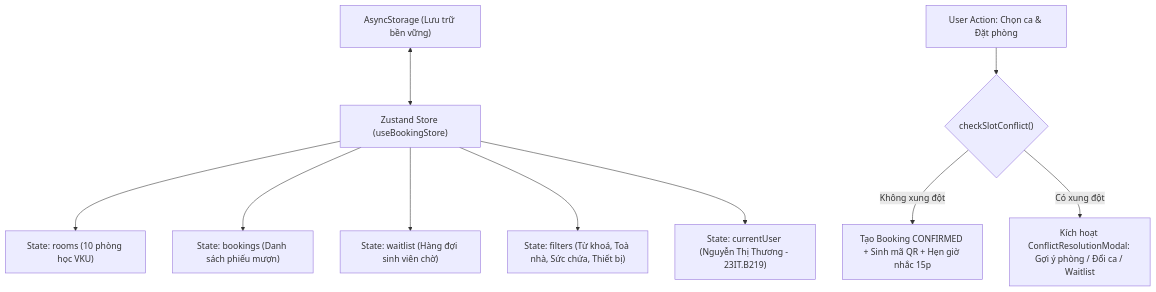
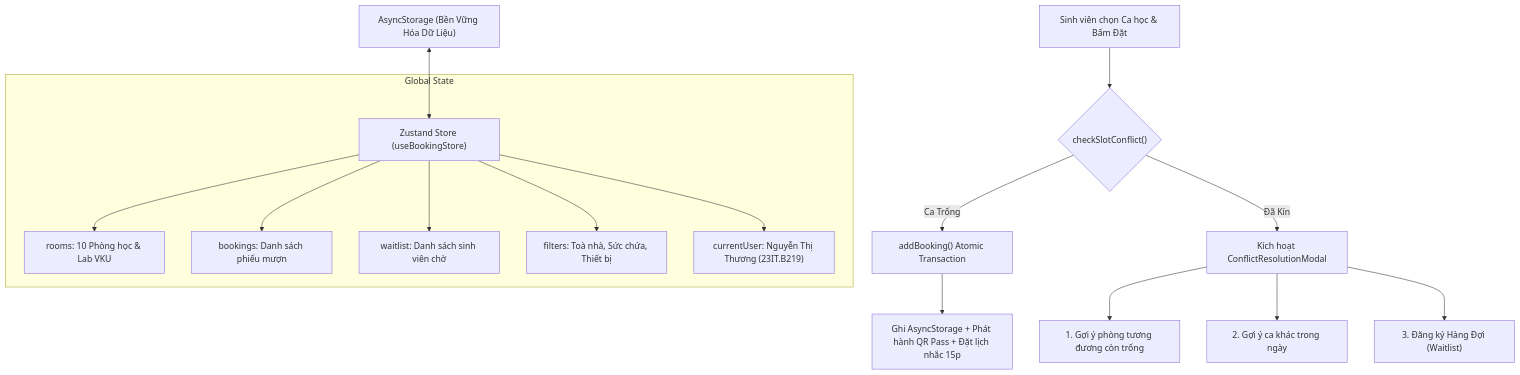
Before and after one commit to thuong614oh65/vku-room-booking-expo: the diagram in BAO_CAO_KY_THUAT_REPORT.md, drawn with Mermaid. The commit also changed other lines of this file and 2 other files, not shown here.

Commit message:
docs: complete official technical report PDF and MD for VKU Mini-Project #2

````diff
--- a/BAO_CAO_KY_THUAT_REPORT.md
+++ b/BAO_CAO_KY_THUAT_REPORT.md
@@ -48,13 +70,21 @@
 ```mermaid
 flowchart TD
-    A["AsyncStorage (Lưu trữ bền vững)"] <--> B["Zustand Store (useBookingStore)"]
-    B --> C["State: rooms (10 phòng học VKU)"]
-    B --> D["State: bookings (Danh sách phiếu mượn)"]
-    B --> E["State: waitlist (Hàng đợi sinh viên chờ)"]
-    B --> F["State: filters (Từ khoá, Toà nhà, Sức chứa, Thiết bị)"]
-    B --> G["State: currentUser (Nguyễn Thị Thương - 23IT.B219)"]
+    Storage["AsyncStorage (Bền Vững Hóa Dữ Liệu)"] <--> Store["Zustand Store (useBookingStore)"]
     
-    H["User Action: Chọn ca & Đặt phòng"] --> I{"checkSlotConflict()"}
-    I -- Không xung đột --> J["Tạo Booking CONFIRMED + Sinh mã QR + Hẹn giờ nhắc 15p"]
-    I -- Có xung đột --> K["Kích hoạt ConflictResolutionModal: Gợi ý phòng / Đổi ca / Waitlist"]
+    subgraph State["Global State"]
+        Store --> Rooms["rooms: 10 Phòng học & Lab VKU"]
+        Store --> Bookings["bookings: Danh sách phiếu mượn"]
+        Store --> Waitlist["waitlist: Danh sách sinh viên chờ"]
+        Store --> Filter["filters: Toà nhà, Sức chứa, Thiết bị"]
+        Store --> User["currentUser: Nguyễn Thị Thương (23IT.B219)"]
+    end
+    
+    Action["Sinh viên chọn Ca học & Bấm Đặt"] --> ConflictCheck{"checkSlotConflict()"}
+    ConflictCheck -- "Ca Trống" --> Commit["addBooking() Atomic Transaction"]
+    Commit --> Success["Ghi AsyncStorage + Phát hành QR Pass + Đặt lịch nhắc 15p"]
+    
+    ConflictCheck -- "Đã Kín" --> Modal["Kích hoạt ConflictResolutionModal"]
+    Modal --> Alt1["1. Gợi ý phòng tương đương còn trống"]
+    Modal --> Alt2["2. Gợi ý ca khác trong ngày"]
+    Modal --> Alt3["3. Đăng ký Hàng Đợi (Waitlist)"]
 ```
````
